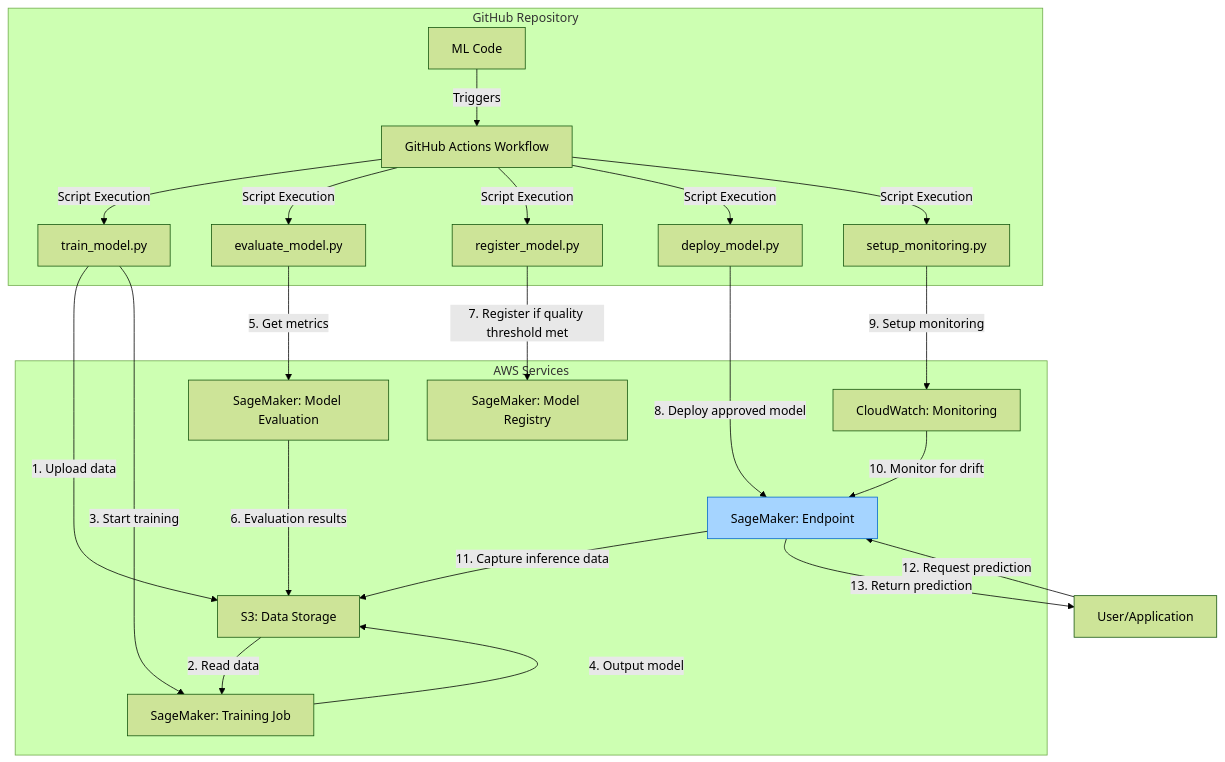
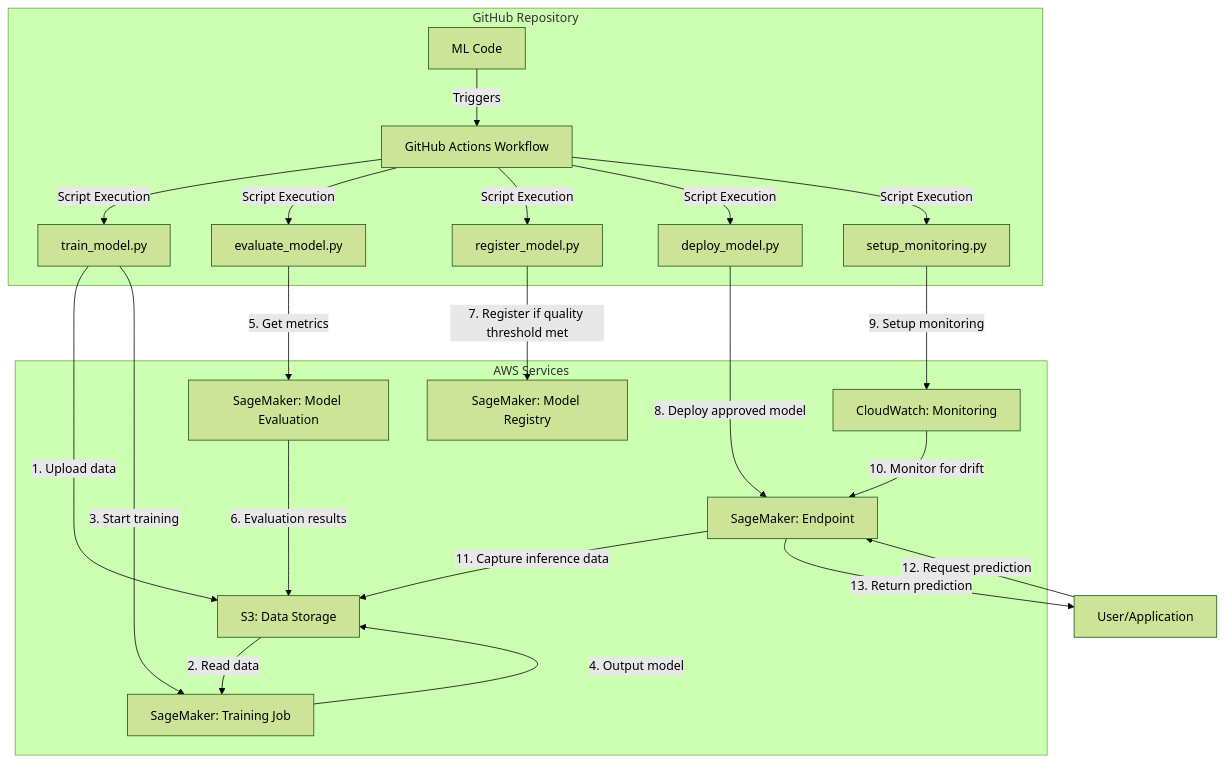
The diagram in readme.md (luhercentti/mlops-ephemeral-demo-lhc), drawn with Mermaid (forest theme) before and after one commit.

````diff
--- a/readme.md
+++ b/readme.md
@@ -3,39 +3,38 @@
 ```mermaid
 flowchart TD
     subgraph "GitHub Repository"
         A[ML Code] --> |Triggers| B[GitHub Actions Workflow]
         B --> |Script Execution| C1[train_model.py]
         B --> |Script Execution| C2[evaluate_model.py]
         B --> |Script Execution| C3[register_model.py]
         B --> |Script Execution| C4[deploy_model.py]
         B --> |Script Execution| C5[setup_monitoring.py]
     end
 
     subgraph "AWS Services"
         D[S3: Data Storage]
         E[SageMaker: Training Job]
         F[SageMaker: Model Evaluation]
         G[SageMaker: Model Registry]
         H[SageMaker: Endpoint]
         I[CloudWatch: Monitoring]
     end
 
     %% Data Flow Connections
     C1 -->|1. Upload data| D
     D -->|2. Read data| E
     C1 -->|3. Start training| E
     E -->|4. Output model| D
     C2 -->|5. Get metrics| F
     F -->|6. Evaluation results| D
     C3 -->|7. Register if quality threshold met| G
     C4 -->|8. Deploy approved model| H
     C5 -->|9. Setup monitoring| I
     I -->|10. Monitor for drift| H
     H -->|11. Capture inference data| D
 
     %% Inference Flow
     J[User/Application] -->|12. Request prediction| H
     H -->|13. Return prediction| J
 
-    style H fill:#A5D4FF,stroke:#0066CC
 ``` 
````
